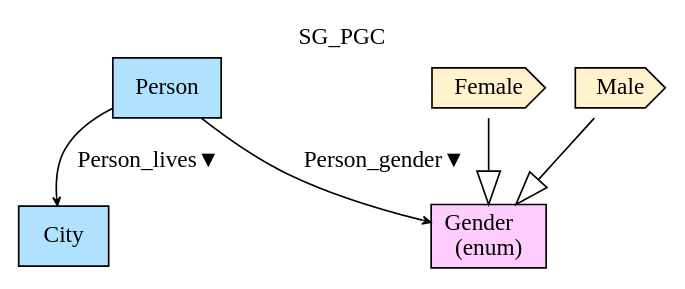
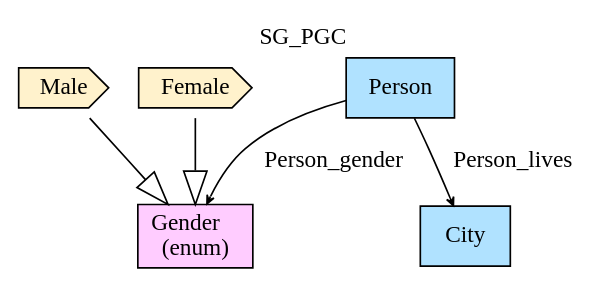
Before and after one commit to namalio/Fragmenta: the diagram in Haskell/FragmentaTests/SGTests/img/SG_PGC.gv, drawn with Graphviz. The commit also changed 129 other files, not shown here.

```diff
--- a/Haskell/FragmentaTests/SGTests/img/SG_PGC.gv
+++ b/Haskell/FragmentaTests/SGTests/img/SG_PGC.gv
@@ -1,12 +1,12 @@
 digraph {graph[label=SG_PGC,labelloc=tl,labelfontsize=12];
+"Male"[shape=cds,fillcolor="#FFF2CC",style = filled,label="Male"];
+"Female"[shape=cds,fillcolor="#FFF2CC",style = filled,label="Female"];
+"City"[shape=record,fillcolor=lightskyblue1,style = filled,label="City"];
 "Person"[shape=record,fillcolor=lightskyblue1,style = filled,label="Person"];
-"Female"[shape=cds,fillcolor="#FFF2CC",style = filled,label="Female"];
-"Male"[shape=cds,fillcolor="#FFF2CC",style = filled,label="Male"];
 "Gender"[shape=record,fillcolor="#FFCCFF",style = filled,label="Gender\l(enum)"];
-"City"[shape=record,fillcolor=lightskyblue1,style = filled,label="City"];
 
+"Male"->"Gender"[arrowhead=onormal,arrowsize=2.0];
 "Female"->"Gender"[arrowhead=onormal,arrowsize=2.0];
-"Male"->"Gender"[arrowhead=onormal,arrowsize=2.0];
-"Person"->"City"[label="Person_lives▼",arrowhead=vee,headlabel="",arrowsize=.5];
-"Person"->"Gender"[label="Person_gender▼",arrowhead=vee,headlabel="",arrowsize=.5];
+"Person"->"City"[label="Person_lives",arrowhead=vee,headlabel="",arrowsize=.5];
+"Person"->"Gender"[label="Person_gender",arrowhead=vee,headlabel="",arrowsize=.5];
 }
```
